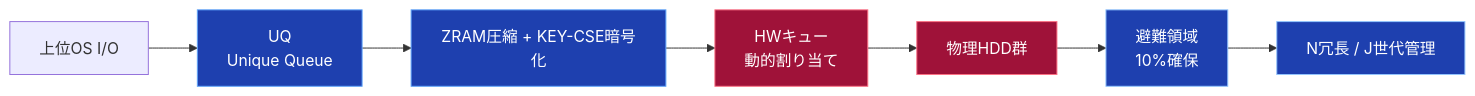
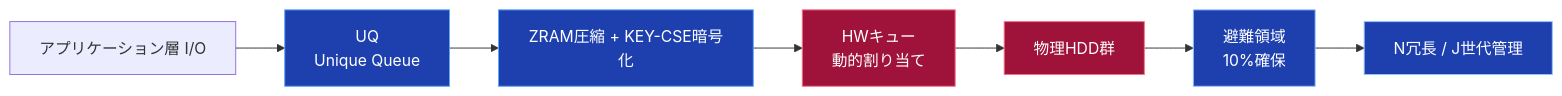
One commit to elementary-particles-Man/TUFF-OS-ISO changed the second of 3 diagrams in マニュアル/TUFF-OS 総合説明書.md. Above: the diagram before and after it, drawn with Mermaid. The commit also changed other lines of this file and 41 other files, not shown here.

Commit message:
DOCS: Comprehensive overhaul of manuals to reflect Pure Rust Bare-metal Sovereign Core and ZRAM architecture.

````diff
--- a/マニュアル/TUFF-OS 総合説明書.md
+++ b/マニュアル/TUFF-OS 総合説明書.md
@@ -58,18 +58,18 @@
 ```mermaid
 flowchart LR
-    A[上位OS I/O] --> B[UQ\nUnique Queue]
+    A[アプリケーション層 I/O] --> B[UQ\nUnique Queue]
     B --> C[ZRAM圧縮 + KEY-CSE暗号化]
     C --> D[HWキュー\n動的割り当て]
     D --> E[物理HDD群]
     E --> F[避難領域\n10%確保]
     F --> G[N冗長 / J世代管理]
 
     classDef queue fill:#1e40af,color:#fff,stroke:#60a5fa
     classDef crypto fill:#166534,color:#fff,stroke:#4ade80
     classDef hw fill:#9f1239,color:#fff,stroke:#fb7185
     classDef backup fill:#1e40af,color:#fff,stroke:#93c5fd
 
     class B,C queue
     class D,E hw
     class F,G backup
 ```
````
